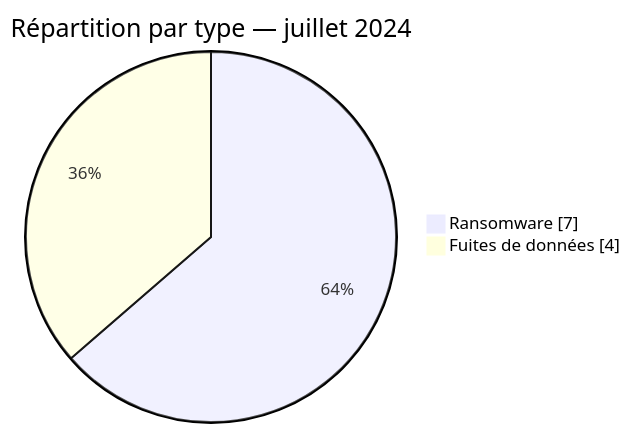
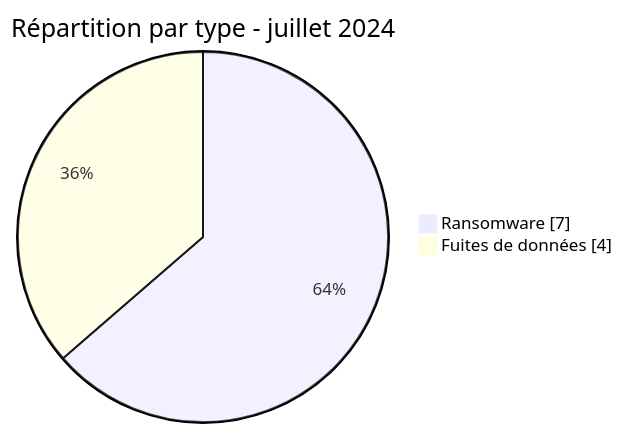
Before and after one commit to Hatchepsoute/AFRINTEL: the second of 2 diagrams in CyberAttackAfrica/2024/07-july/README_FR.md, drawn with Mermaid. The commit also changed other lines of this file and 182 other files, not shown here.

````diff
--- a/CyberAttackAfrica/2024/07-july/README_FR.md
+++ b/CyberAttackAfrica/2024/07-july/README_FR.md
@@ -54,6 +54,6 @@
 ```mermaid
 pie showData
-    title Répartition par type — juillet 2024
+    title Répartition par type - juillet 2024
     "Ransomware" : 7
     "Fuites de données" : 4
 ```
````
